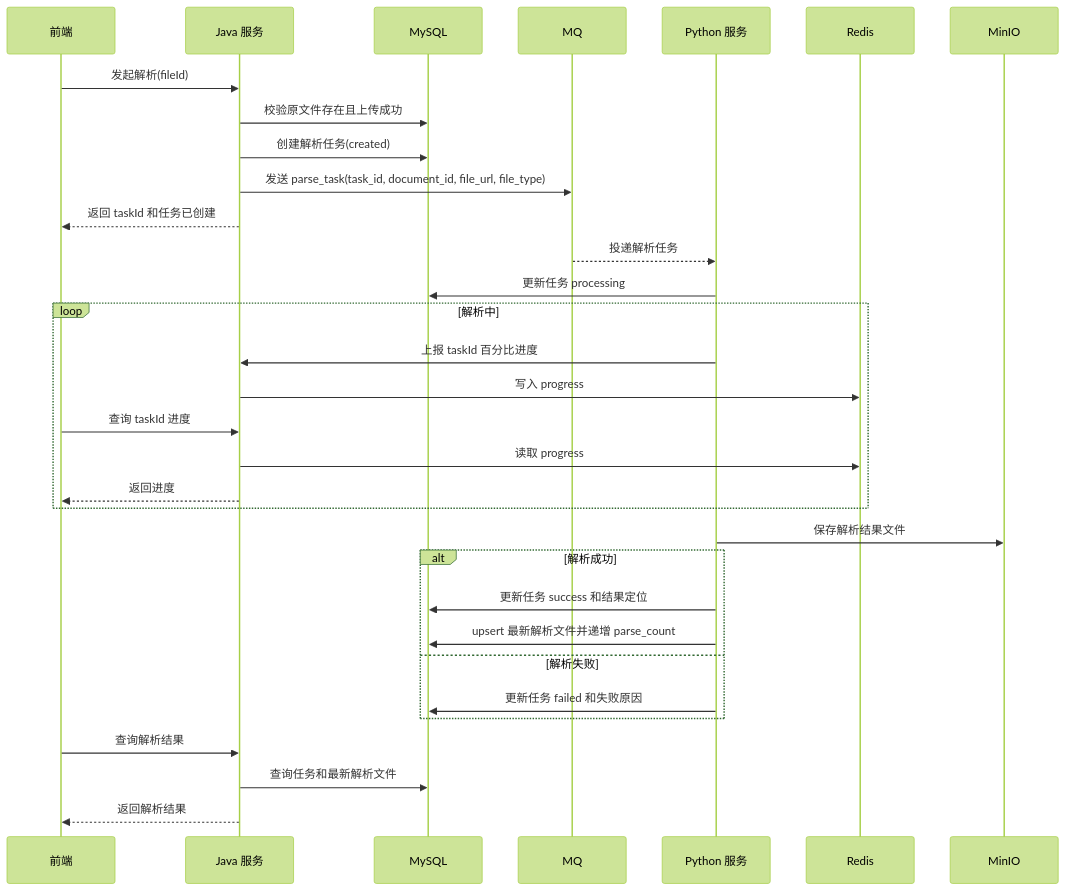
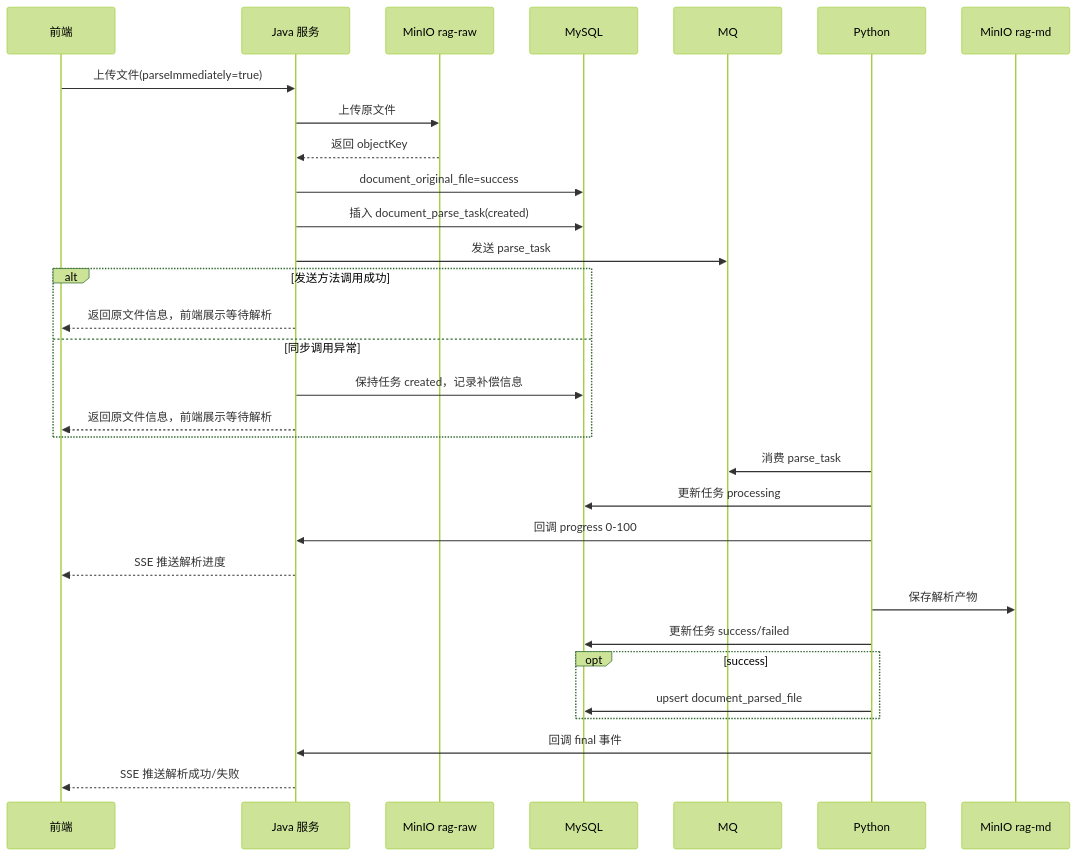
Before and after one commit to ql-link/LinkRag-Service: the first of 2 diagrams in docs/module-development-files/storage-file-management/二期/technical_design.md, drawn with Mermaid (forest theme). The commit also changed other lines of this file and 30 other files, not shown here.

````diff
--- a/docs/module-development-files/storage-file-management/二期/technical_design.md
+++ b/docs/module-development-files/storage-file-management/二期/technical_design.md
@@ -156,35 +173,34 @@
 ```mermaid
 sequenceDiagram
     participant FE as 前端
     participant Java as Java 服务
-    participant DB as MySQL
+    participant RawOSS as MinIO rag-raw
+    participant MySQL as MySQL
     participant MQ as MQ
-    participant Py as Python 服务
-    participant Redis as Redis
-    participant OSS as MinIO
+    participant Py as Python
+    participant ParsedOSS as MinIO rag-md
 
-    FE->>Java: 发起解析(fileId)
-    Java->>DB: 校验原文件存在且上传成功
-    Java->>DB: 创建解析任务(created)
-    Java->>MQ: 发送 parse_task(task_id, document_id, file_url, file_type)
-    Java-->>FE: 返回 taskId 和任务已创建
-    MQ-->>Py: 投递解析任务
-    Py->>DB: 更新任务 processing
-    loop 解析中
-        Py->>Java: 上报 taskId 百分比进度
-        Java->>Redis: 写入 progress
-        FE->>Java: 查询 taskId 进度
-        Java->>Redis: 读取 progress
-        Java-->>FE: 返回进度
+    FE->>Java: 上传文件(parseImmediately=true)
+    Java->>RawOSS: 上传原文件
+    RawOSS-->>Java: 返回 objectKey
+    Java->>MySQL: document_original_file=success
+    Java->>MySQL: 插入 document_parse_task(created)
+    Java->>MQ: 发送 parse_task
+    alt 发送方法调用成功
+        Java-->>FE: 返回原文件信息，前端展示等待解析
+    else 同步调用异常
+        Java->>MySQL: 保持任务 created，记录补偿信息
+        Java-->>FE: 返回原文件信息，前端展示等待解析
     end
-    Py->>OSS: 保存解析结果文件
-    alt 解析成功
-        Py->>DB: 更新任务 success 和结果定位
-        Py->>DB: upsert 最新解析文件并递增 parse_count
-    else 解析失败
-        Py->>DB: 更新任务 failed 和失败原因
+    Py->>MQ: 消费 parse_task
+    Py->>MySQL: 更新任务 processing
+    Py->>Java: 回调 progress 0-100
+    Java-->>FE: SSE 推送解析进度
+    Py->>ParsedOSS: 保存解析产物
+    Py->>MySQL: 更新任务 success/failed
+    opt success
+        Py->>MySQL: upsert document_parsed_file
     end
-    FE->>Java: 查询解析结果
-    Java->>DB: 查询任务和最新解析文件
-    Java-->>FE: 返回解析结果
+    Py->>Java: 回调 final 事件
+    Java-->>FE: SSE 推送解析成功/失败
 ```
````
